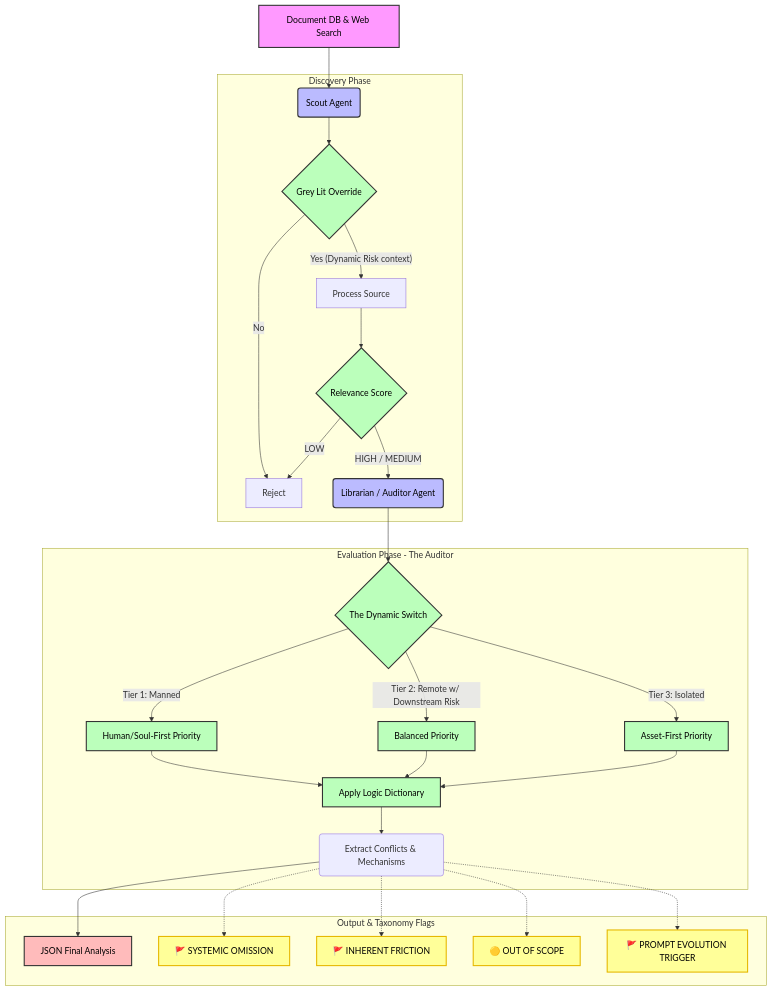
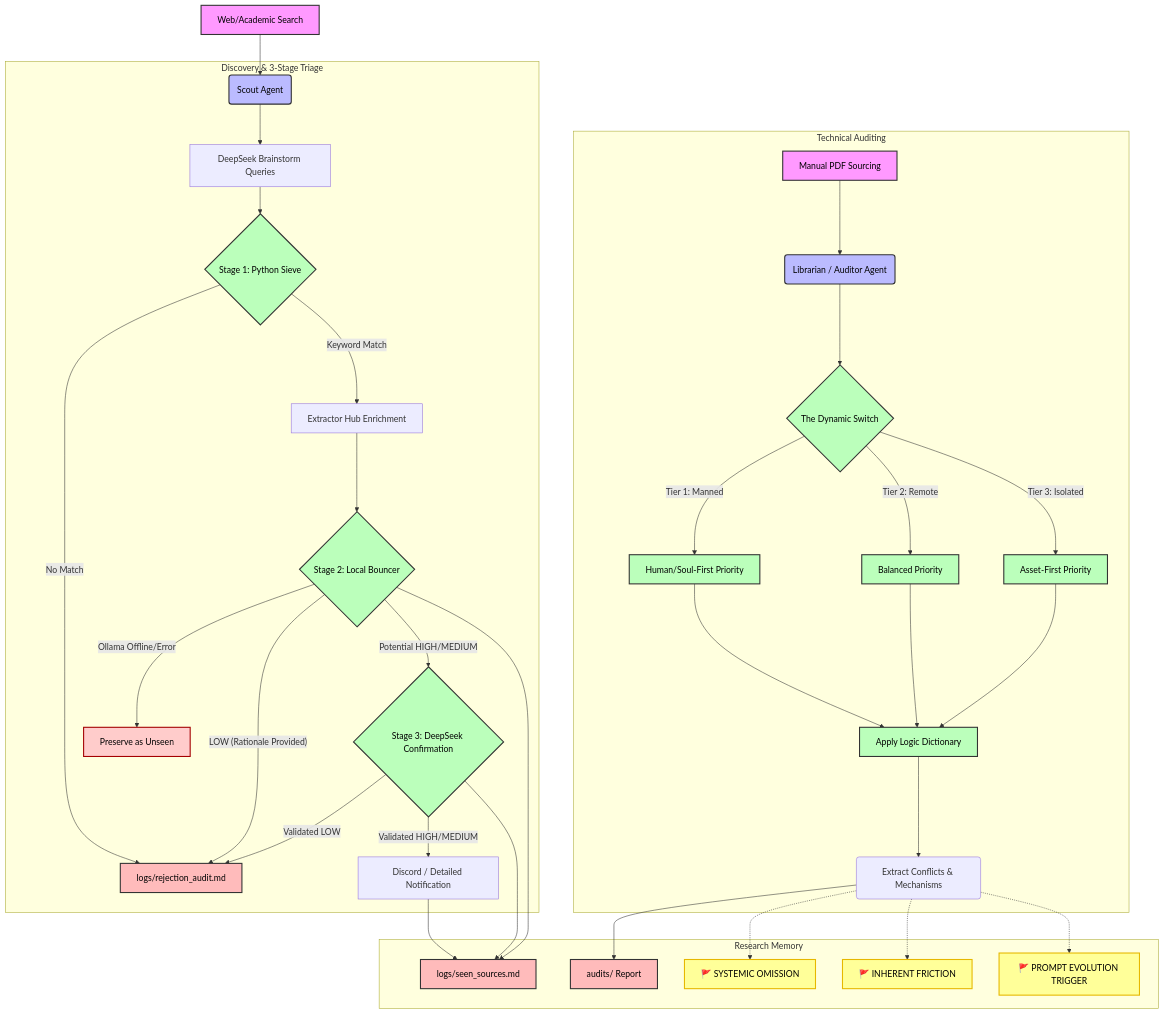
Before and after one commit to mbellamkom/cyber-physical-resilience: the diagram in docs/AGENT_ARCHITECTURE.md, drawn with Mermaid. The commit also changed other lines of this file and 17 other files, not shown here.

````diff
--- a/docs/AGENT_ARCHITECTURE.md
+++ b/docs/AGENT_ARCHITECTURE.md
@@ -7,39 +7,47 @@
 ```mermaid
 flowchart TD
     %% Define Styles
     classDef input fill:#f9f,stroke:#333,stroke-width:2px,color:#000;
     classDef agent fill:#bbf,stroke:#333,stroke-width:2px,color:#000;
     classDef logic fill:#bfb,stroke:#333,stroke-width:2px,color:#000;
     classDef output fill:#fbb,stroke:#333,stroke-width:2px,color:#000;
     classDef flag fill:#ff9,stroke:#e6b800,stroke-width:2px,color:#000;
+    classDef error fill:#ffcccb,stroke:#a30000,stroke-width:2px,color:#000;
 
-    A[Document DB & Web Search]:::input --> B(Scout Agent):::agent
-    
-    subgraph Discovery[Discovery Phase]
-        B --> C{Grey Lit Override}:::logic
-        C -- "Yes (Dynamic Risk context)" --> D[Process Source]
-        C -- "No" --> E[Reject]
-        D --> F{Relevance Score}:::logic
-        F -- "HIGH / MEDIUM" --> G(Librarian / Auditor Agent):::agent
-        F -- "LOW" --> E
+    A[Web/Academic Search]:::input --> B(Scout Agent):::agent
+
+    subgraph ScoutPipeline[Discovery & 3-Stage Triage]
+        B --> QG[DeepSeek Brainstorm Queries]
+        QG --> S1{Stage 1: Python Sieve}:::logic
+        S1 -- "Keyword Match" --> HUB[Extractor Hub Enrichment]
+        S1 -- "No Match" --> REJ[logs/rejection_audit.md]:::output
+
+        HUB --> S2{Stage 2: Local Bouncer}:::logic
+        S2 -- "Potential HIGH/MEDIUM" --> S3{Stage 3: DeepSeek Confirmation}:::logic
+        S2 -- "LOW (Rationale Provided)" --> REJ
+        S2 -- "Ollama Offline/Error" --> FAIL[Preserve as Unseen]:::error
+
+        S3 -- "Validated HIGH/MEDIUM" --> NOTIF[Discord / Detailed Notification]
+        S3 -- "Validated LOW" --> REJ
     end
 
-    subgraph Evaluation[Evaluation Phase - The Auditor]
-        G --> H{The Dynamic Switch}:::logic
-        
+    subgraph LibrarianPipeline[Technical Auditing]
+        MAN[Manual PDF Sourcing]:::input --> LIB(Librarian / Auditor Agent):::agent
+        LIB --> H{The Dynamic Switch}:::logic
+
         H -->|Tier 1: Manned| I[Human/Soul-First Priority]:::logic
-        H -->|Tier 2: Remote w/ Downstream Risk| J[Balanced Priority]:::logic
+        H -->|Tier 2: Remote| J[Balanced Priority]:::logic
         H -->|Tier 3: Isolated| K[Asset-First Priority]:::logic
-        
+
         I & J & K --> L[Apply Logic Dictionary]:::logic
         L --> M(Extract Conflicts & Mechanisms)
     end
 
-    subgraph OutputPhase[Output & Taxonomy Flags]
-        M --> N[JSON Final Analysis]:::output
+    subgraph FinalLogs[Research Memory]
+        NOTIF & S3 & S2 --> MEM[logs/seen_sources.md]:::output
+        M --> AUD[audits/ Report]:::output
         M -.-> O[🚩 SYSTEMIC OMISSION]:::flag
         M -.-> P[🚩 INHERENT FRICTION]:::flag
-        M -.-> Q[🟡 OUT OF SCOPE]:::flag
         M -.-> R[🚩 PROMPT EVOLUTION TRIGGER]:::flag
     end
 ```
````
